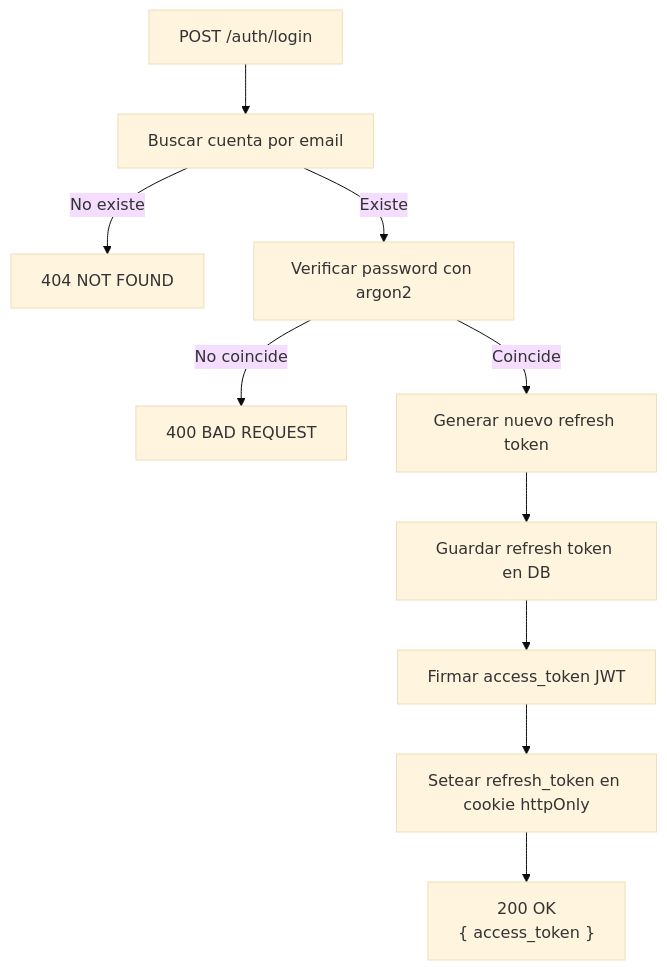
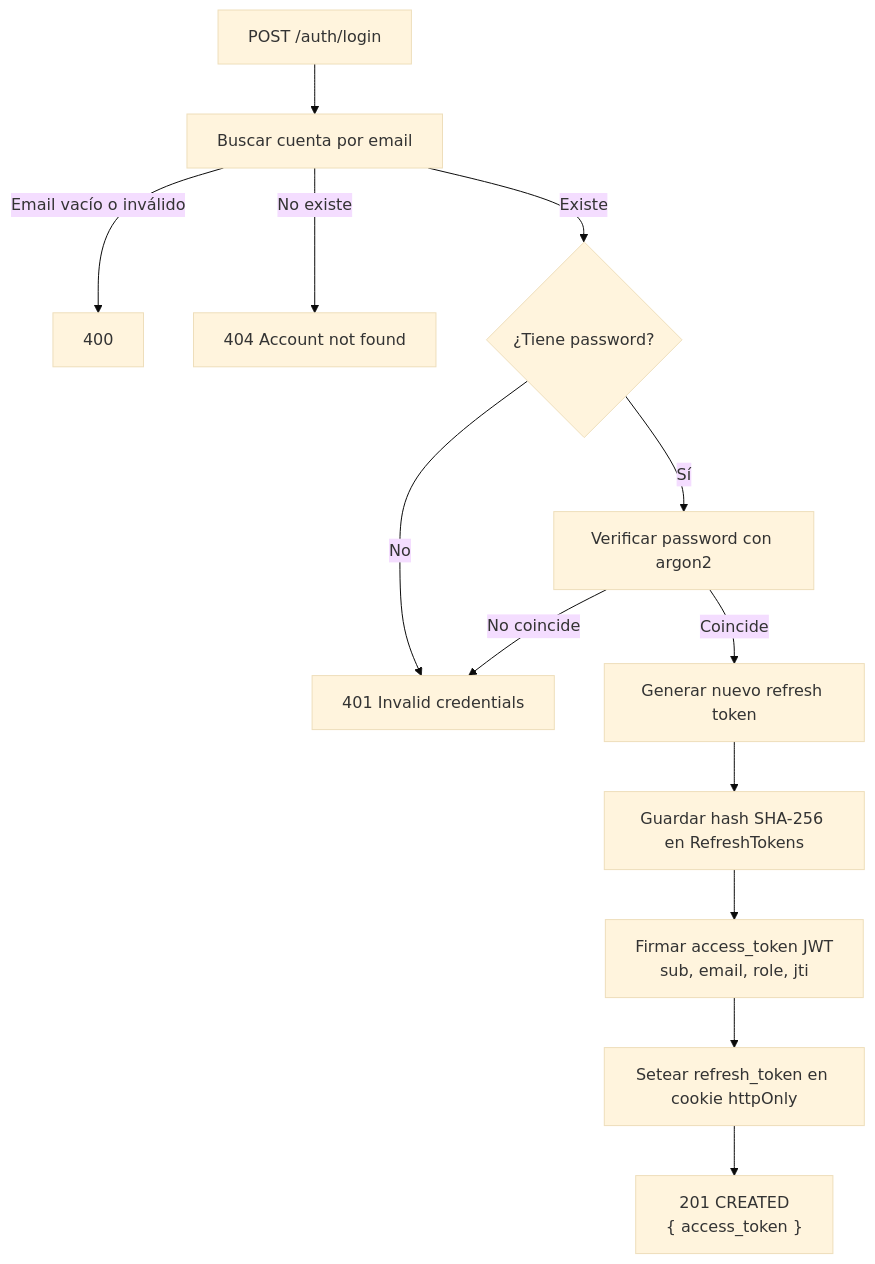
One commit to FedeLupianez/cecit-backend changed the second of 10 diagrams in docs/tecnical/auth.md. Above: the diagram before and after it, drawn with Mermaid (base theme). The commit also changed other lines of this file and 24 other files, not shown here.

````diff
--- a/docs/tecnical/auth.md
+++ b/docs/tecnical/auth.md
@@ -93,12 +120,15 @@
 ```mermaid
 flowchart TD
     A[POST /auth/login] --> B[Buscar cuenta por email]
-    B -->|No existe| C[404 NOT FOUND]
-    B -->|Existe| D[Verificar password con argon2]
-    D -->|No coincide| E[400 BAD REQUEST]
-    D -->|Coincide| F[Generar nuevo refresh token]
-    F --> G[Guardar refresh token en DB]
-    G --> H[Firmar access_token JWT]
-    H --> I[Setear refresh_token en cookie httpOnly]
-    I --> J["200 OK<br/>{ access_token }"]
+    B -->|Email vacío o inválido| C[400]
+    B -->|No existe| D[404 Account not found]
+    B -->|Existe| E{¿Tiene password?}
+    E -->|No| F[401 Invalid credentials]
+    E -->|Sí| G[Verificar password con argon2]
+    G -->|No coincide| F
+    G -->|Coincide| H[Generar nuevo refresh token]
+    H --> I[Guardar hash SHA-256 en RefreshTokens]
+    I --> J["Firmar access_token JWT<br/>sub, email, role, jti"]
+    J --> K[Setear refresh_token en cookie httpOnly]
+    K --> L["201 CREATED<br/>{ access_token }"]
 ```
````
